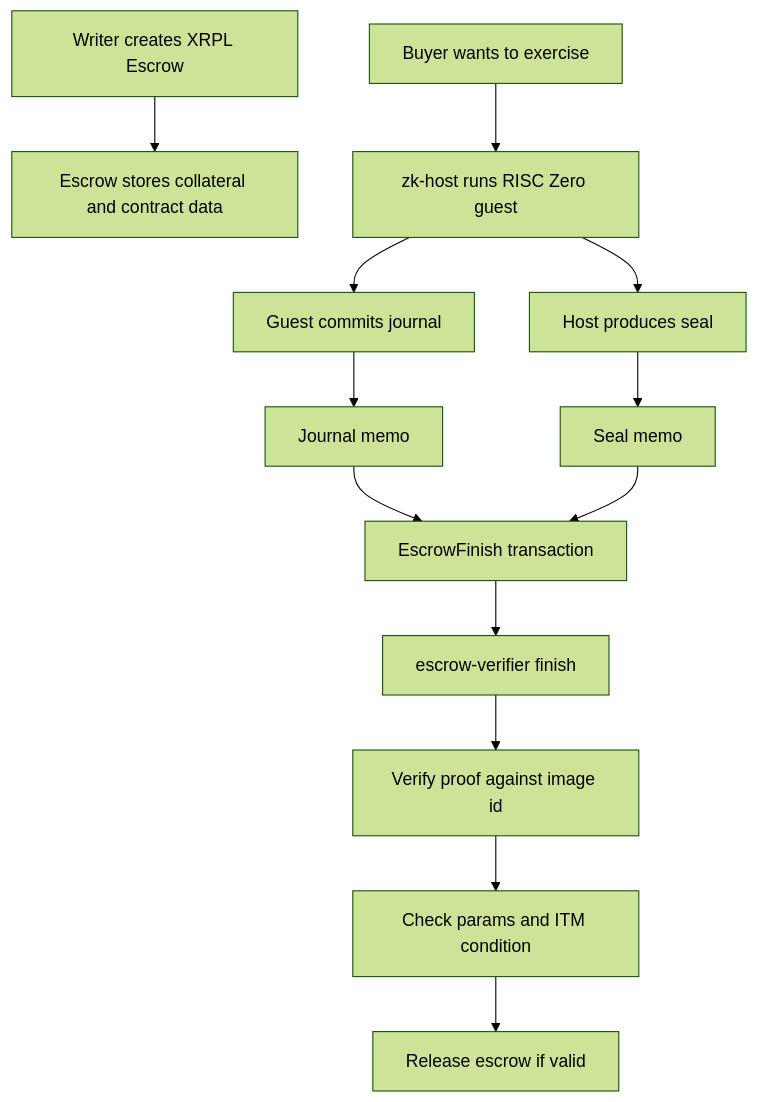
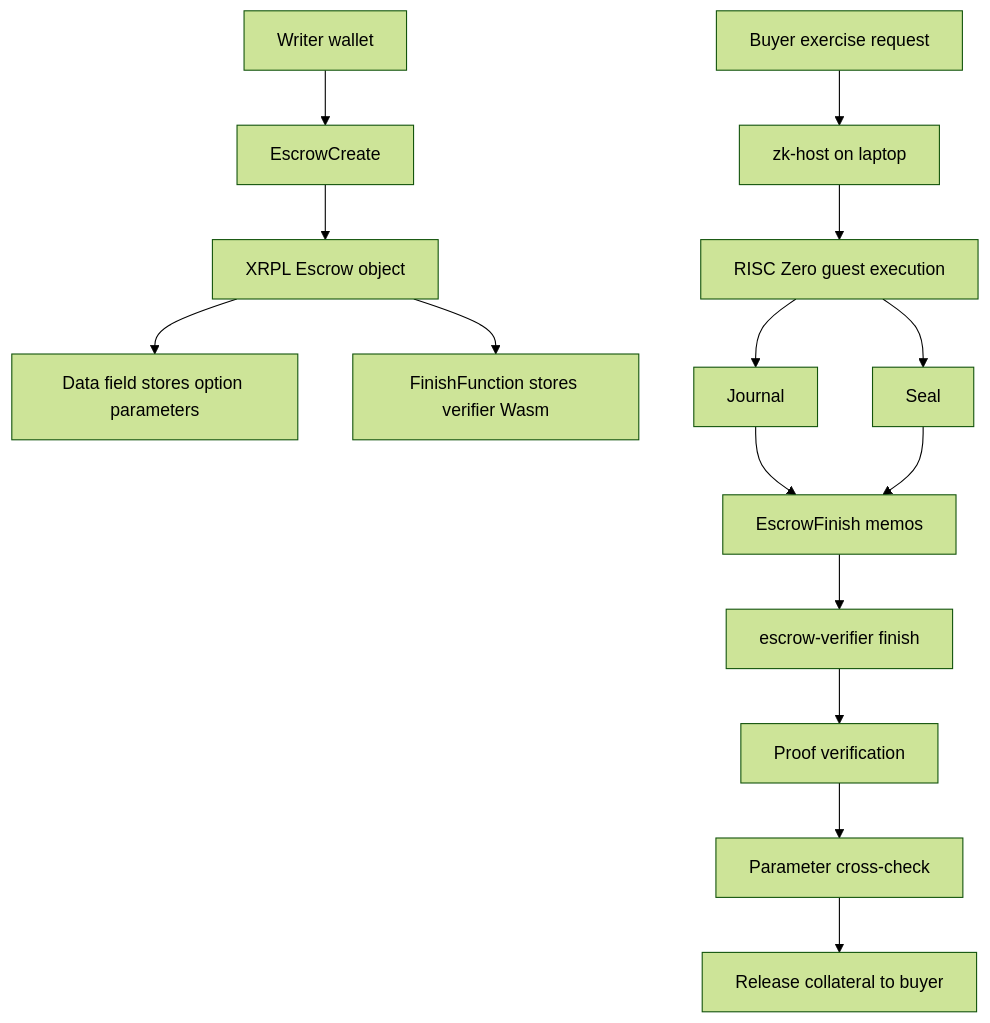
The first of 2 diagrams in contracts/README.md (PBW-xrp/monorepo_hacktheblock), drawn with Mermaid (forest theme) before and after one commit. The commit also changed other lines of this file, not shown here.

Commit message:
document contracts flow

````diff
--- a/contracts/README.md
+++ b/contracts/README.md
@@ -47,15 +90,17 @@
 ```mermaid
 flowchart TD
-    A[Writer creates XRPL Escrow] --> B[Escrow stores collateral and contract data]
-    C[Buyer wants to exercise] --> D[zk-host runs RISC Zero guest]
-    D --> E[Guest commits journal]
-    D --> F[Host produces seal]
-    E --> G[Journal memo]
-    F --> H[Seal memo]
-    G --> I[EscrowFinish transaction]
-    H --> I
-    I --> J[escrow-verifier finish]
-    J --> K[Verify proof against image id]
-    K --> L[Check params and ITM condition]
-    L --> M[Release escrow if valid]
+    A[Writer wallet] --> B[EscrowCreate]
+    B --> C[XRPL Escrow object]
+    C --> D[Data field stores option parameters]
+    C --> E[FinishFunction stores verifier Wasm]
+    F[Buyer exercise request] --> G[zk-host on laptop]
+    G --> H[RISC Zero guest execution]
+    H --> I[Journal]
+    H --> J[Seal]
+    I --> K[EscrowFinish memos]
+    J --> K
+    K --> L[escrow-verifier finish]
+    L --> M[Proof verification]
+    M --> N[Parameter cross-check]
+    N --> O[Release collateral to buyer]
 ```
````
